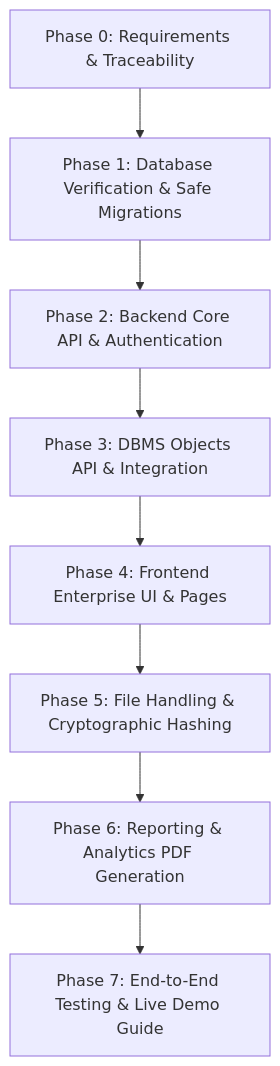
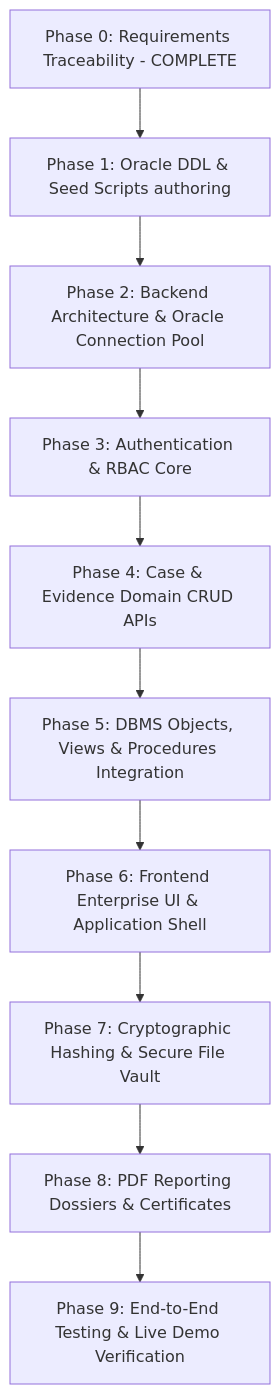
The diagram in REQUIREMENTS_CHECKLIST.md (KrishanYadav24/DFEMS), drawn with Mermaid before and after one commit. The commit also changed other lines of this file and 6 other files, not shown here.

Commit message:
db: prepare Oracle schema and PL-SQL scripts

````diff
--- a/REQUIREMENTS_CHECKLIST.md
+++ b/REQUIREMENTS_CHECKLIST.md
@@ -185,10 +131,12 @@
 ```mermaid
 graph TD
-    Phase0[Phase 0: Requirements & Traceability] --> Phase1[Phase 1: Database Verification & Safe Migrations]
-    Phase1 --> Phase2[Phase 2: Backend Core API & Authentication]
-    Phase2 --> Phase3[Phase 3: DBMS Objects API & Integration]
-    Phase3 --> Phase4[Phase 4: Frontend Enterprise UI & Pages]
-    Phase4 --> Phase5[Phase 5: File Handling & Cryptographic Hashing]
-    Phase5 --> Phase6[Phase 6: Reporting & Analytics PDF Generation]
-    Phase6 --> Phase7[Phase 7: End-to-End Testing & Live Demo Guide]
+    Seq0[Phase 0: Requirements Traceability - COMPLETE] --> Seq1[Phase 1: Oracle DDL & Seed Scripts authoring]
+    Seq1 --> Seq2[Phase 2: Backend Architecture & Oracle Connection Pool]
+    Seq2 --> Seq3[Phase 3: Authentication & RBAC Core]
+    Seq3 --> Seq4[Phase 4: Case & Evidence Domain CRUD APIs]
+    Seq4 --> Seq5[Phase 5: DBMS Objects, Views & Procedures Integration]
+    Seq5 --> Seq6[Phase 6: Frontend Enterprise UI & Application Shell]
+    Seq6 --> Seq7[Phase 7: Cryptographic Hashing & Secure File Vault]
+    Seq7 --> Seq8[Phase 8: PDF Reporting Dossiers & Certificates]
+    Seq8 --> Seq9[Phase 9: End-to-End Testing & Live Demo Verification]
 ```
````
